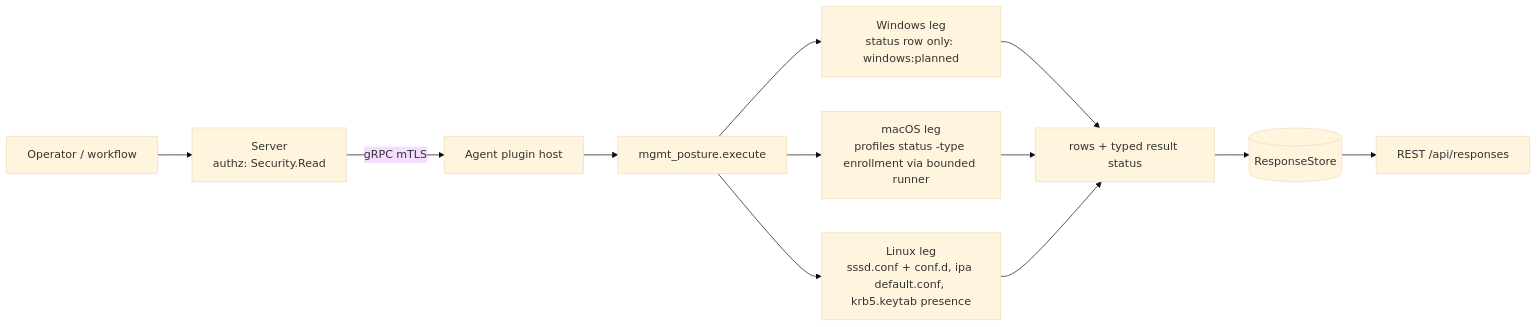
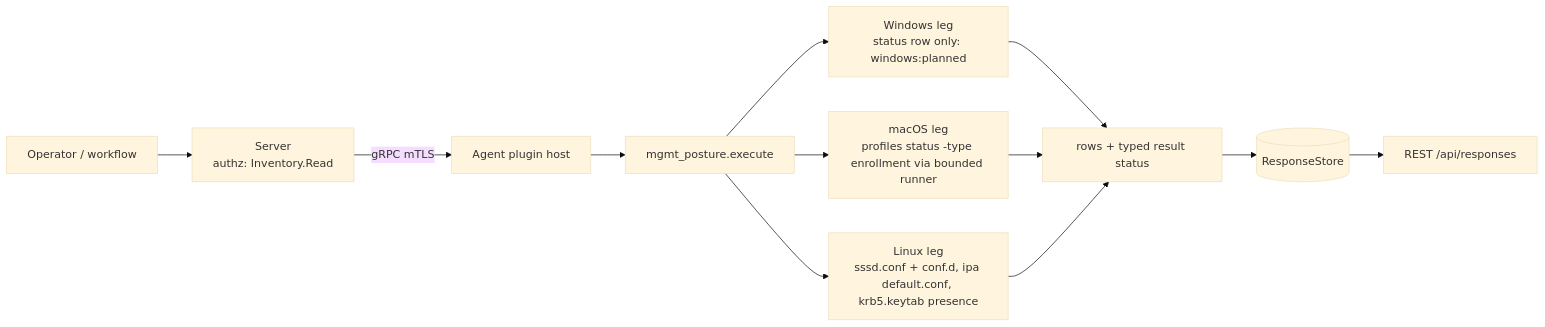
Before and after one commit to DevNullLtd/Yuzu: the diagram in agents/plugins/mgmt_posture/README.md, drawn with Mermaid (base theme). The commit also changed 9 other files, not shown here.

````diff
--- a/agents/plugins/mgmt_posture/README.md
+++ b/agents/plugins/mgmt_posture/README.md
@@ -21,9 +21,9 @@
 ```mermaid
 flowchart LR
-  OP[Operator / workflow] --> SRV[Server<br/>authz: Security.Read]
+  OP[Operator / workflow] --> SRV[Server<br/>authz: Inventory.Read]
   SRV -- gRPC mTLS --> HOST[Agent plugin host] --> EX[mgmt_posture.execute]
   EX --> WIN[Windows leg<br/>status row only: windows:planned]
   EX --> MAC[macOS leg<br/>profiles status -type enrollment via bounded runner]
   EX --> LIN[Linux leg<br/>sssd.conf + conf.d, ipa default.conf, krb5.keytab presence]
   WIN & MAC & LIN --> ROWS[rows + typed result status] --> RS[(ResponseStore)] --> API[REST /api/responses]
 ```
````
